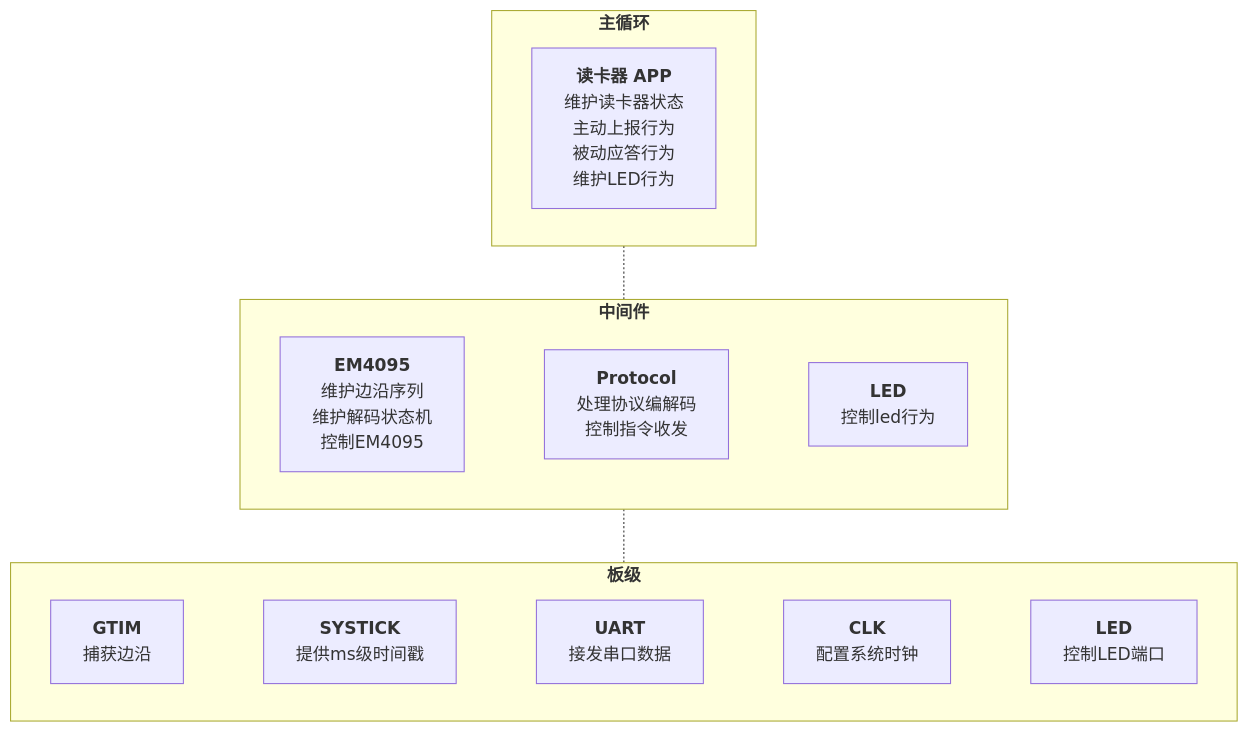
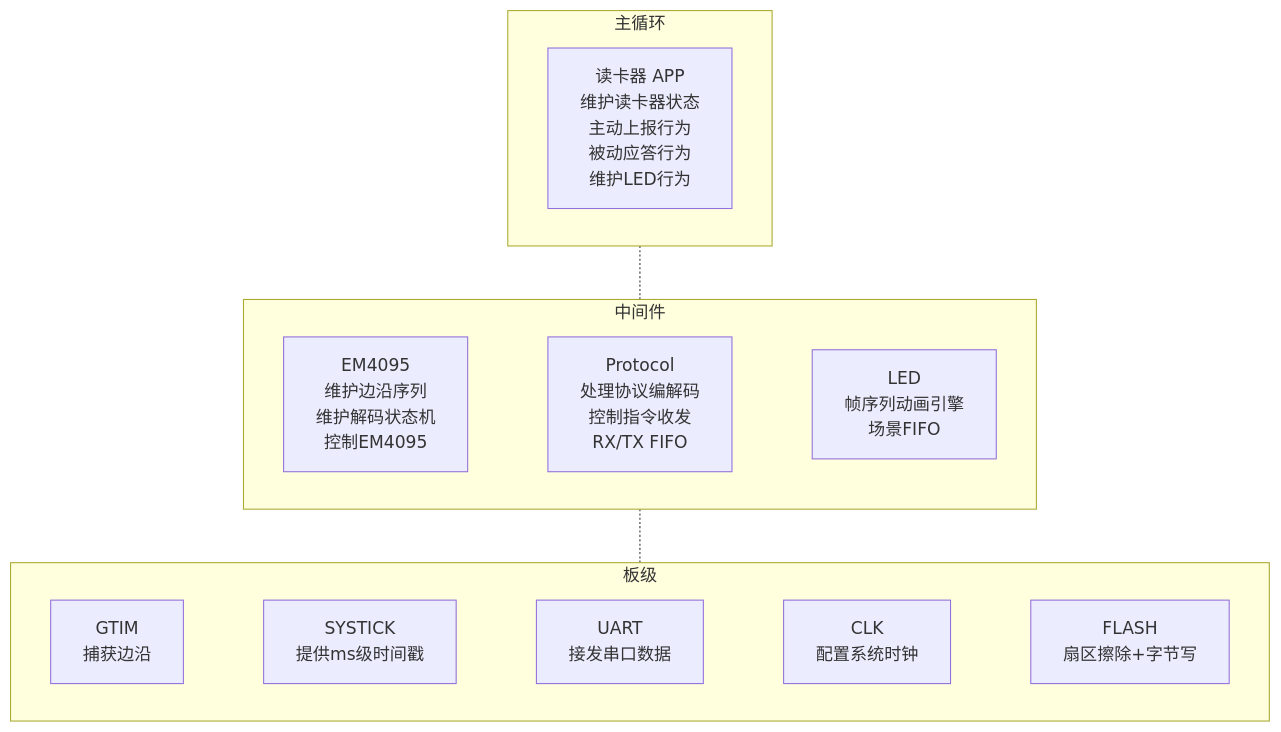
One commit to Siaiai/ObsidianNote changed the sixth of 9 diagrams in 工作/[[SR3读卡器]]/260804SR3框架整理.md. Above: the diagram before and after it, drawn with Mermaid. The commit also changed other lines of this file, not shown here.

````diff
--- a/工作/[[SR3读卡器]]/260804SR3框架整理.md
+++ b/工作/[[SR3读卡器]]/260804SR3框架整理.md
@@ -296,50 +295,46 @@
 ```mermaid
 flowchart TB
-	subgraph MAIN["`**主循环**`"]
-		direction LR
-		APP_READER["`**读卡器 APP**
-		维护读卡器状态
-		主动上报行为
-		被动应答行为
-		维护LED行为`"]
-	end
-	subgraph MID["`**中间件**`"]
-		direction LR
-		MID_EM4095["`**EM4095** 
-		维护边沿序列
-		维护解码状态机
-		控制EM4095`"]
-		MID_READER["`**Protocol**
-		处理协议编解码
-		控制指令收发`"]
-		MID_LED["`**LED**
-		控制led行为`"]
-		
-		MID_EM4095 ~~~ MID_READER
-		MID_READER ~~~ MID_LED
-	end
-	subgraph BSP["`**板级**`"]
-		direction LR
-		BSP_GTIM["`**GTIM**
-		捕获边沿
-		`"]
-		BSP_CLK["`**CLK**
-		配置系统时钟
-		`"]
-		BSP_SYSTICK["`**SYSTICK**
-		提供ms级时间戳
-		`"]
-		BSP_UART["`**UART**
-		接发串口数据
-		`"]
-		BSP_LED["`**LED**
-		控制LED端口
-		`"]
-		BSP_GTIM ~~~ BSP_SYSTICK
-		BSP_SYSTICK ~~~ BSP_UART
-		BSP_UART ~~~ BSP_CLK
-		BSP_CLK ~~~ BSP_LED
-	end
-	MAIN -.- MID
-	MID -.- BSP
+    subgraph MAIN["主循环"]
+        direction LR
+        APP_READER["读卡器 APP
+        维护读卡器状态
+        主动上报行为
+        被动应答行为
+        维护LED行为"]
+    end
+    subgraph MID["中间件"]
+        direction LR
+        MID_EM4095["EM4095
+        维护边沿序列
+        维护解码状态机
+        控制EM4095"]
+        MID_PROTOCOL["Protocol
+        处理协议编解码
+        控制指令收发
+        RX/TX FIFO"]
+        MID_LED["LED
+        帧序列动画引擎
+        场景FIFO"]
+        MID_EM4095 ~~~ MID_PROTOCOL
+        MID_PROTOCOL ~~~ MID_LED
+    end
+    subgraph BSP["板级"]
+        direction LR
+        BSP_GTIM["GTIM
+        捕获边沿"]
+        BSP_CLK["CLK
+        配置系统时钟"]
+        BSP_SYSTICK["SYSTICK
+        提供ms级时间戳"]
+        BSP_UART["UART
+        接发串口数据"]
+        BSP_FLASH["FLASH
+        扇区擦除+字节写"]
+        BSP_GTIM ~~~ BSP_SYSTICK
+        BSP_SYSTICK ~~~ BSP_UART
+        BSP_UART ~~~ BSP_CLK
+        BSP_CLK ~~~ BSP_FLASH
+    end
+    MAIN -.- MID
+    MID -.- BSP
 ```
````
